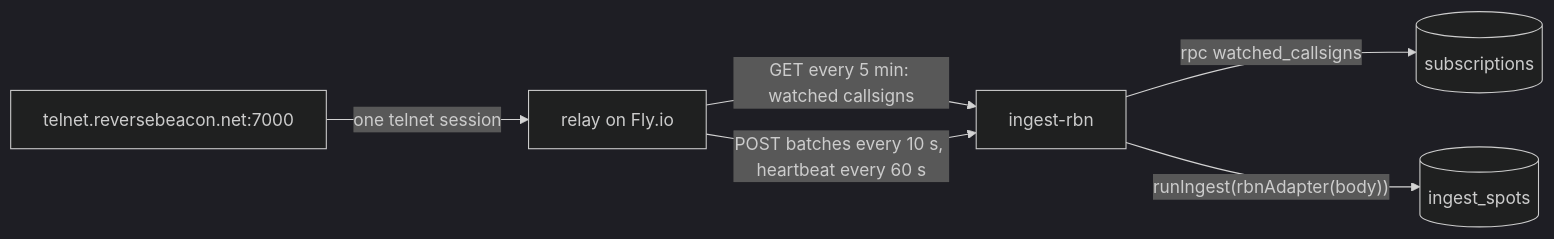
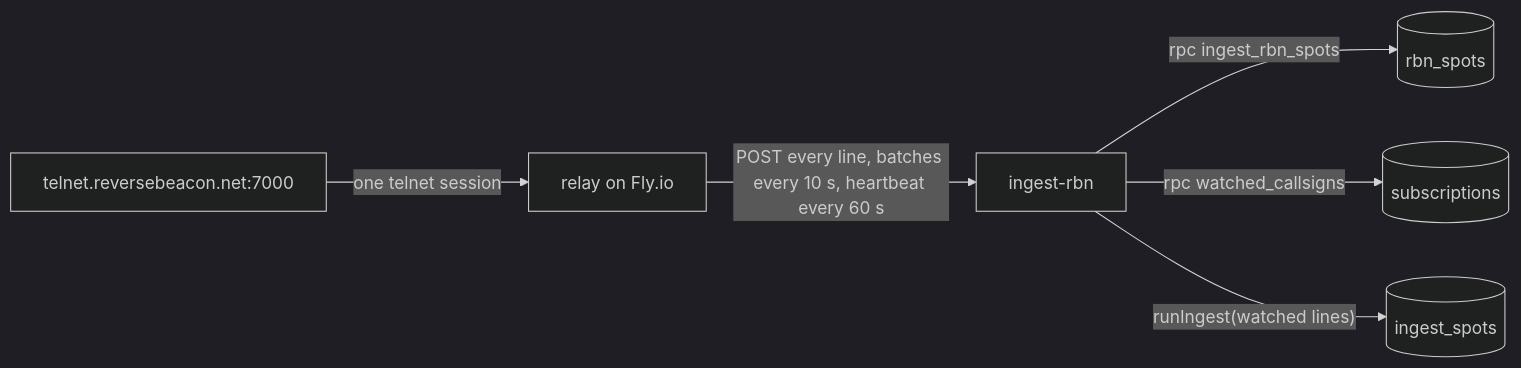
One commit to johnsonm/longlines changed the fifth of 5 diagrams in docs/ARCHITECTURE.md. Above: the diagram before and after it, drawn with Mermaid (dark theme). The commit also changed other lines of this file and 4 other files, not shown here.

Commit message:
Describe full RBN ingest; regenerate database types

````diff
--- a/docs/ARCHITECTURE.md
+++ b/docs/ARCHITECTURE.md
@@ -308,8 +308,8 @@
 ```mermaid
 flowchart LR
   RBN[telnet.reversebeacon.net:7000] -- "one telnet session" --> R[relay on Fly.io]
-  R -- "GET every 5 min: watched callsigns" --> F[ingest-rbn]
-  R -- "POST batches every 10 s, heartbeat every 60 s" --> F
+  R -- "POST every line, batches every 10 s, heartbeat every 60 s" --> F[ingest-rbn]
+  F -- "rpc ingest_rbn_spots" --> RS[(rbn_spots)]
   F -- "rpc watched_callsigns" --> W[(subscriptions)]
-  F -- "runIngest(rbnAdapter(body))" --> RPC[(ingest_spots)]
+  F -- "runIngest(watched lines)" --> RPC[(ingest_spots)]
 ```
````
